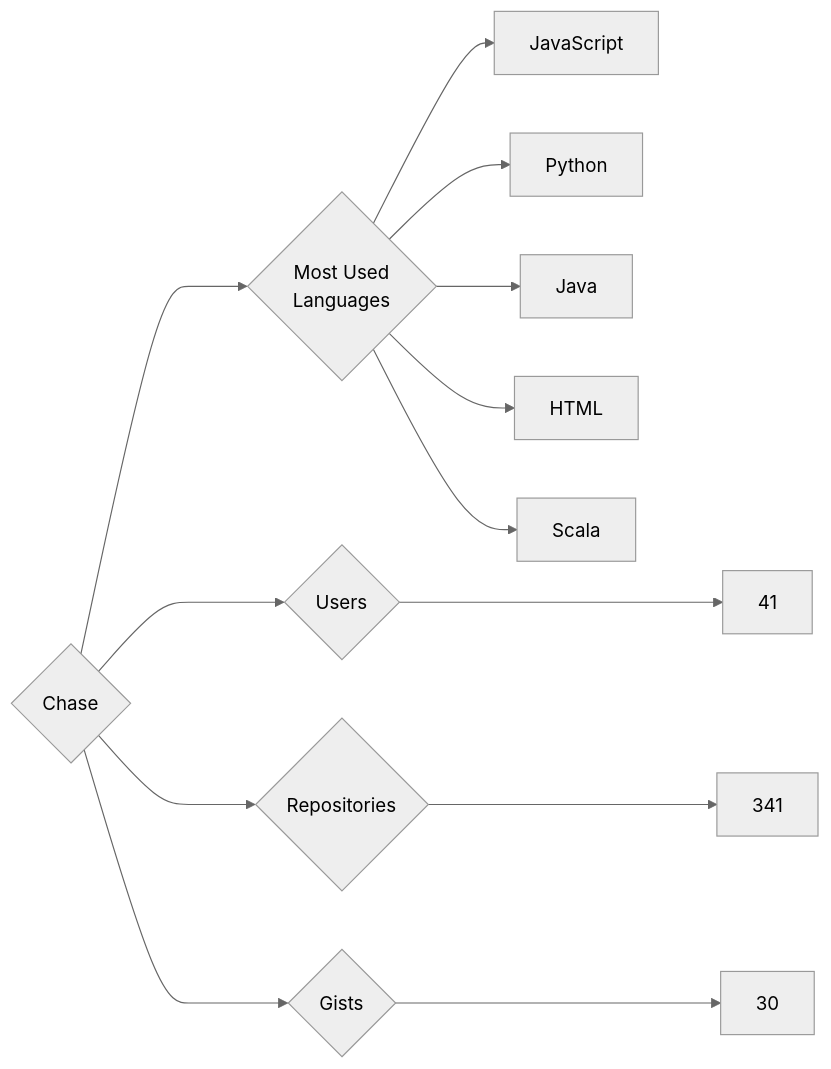
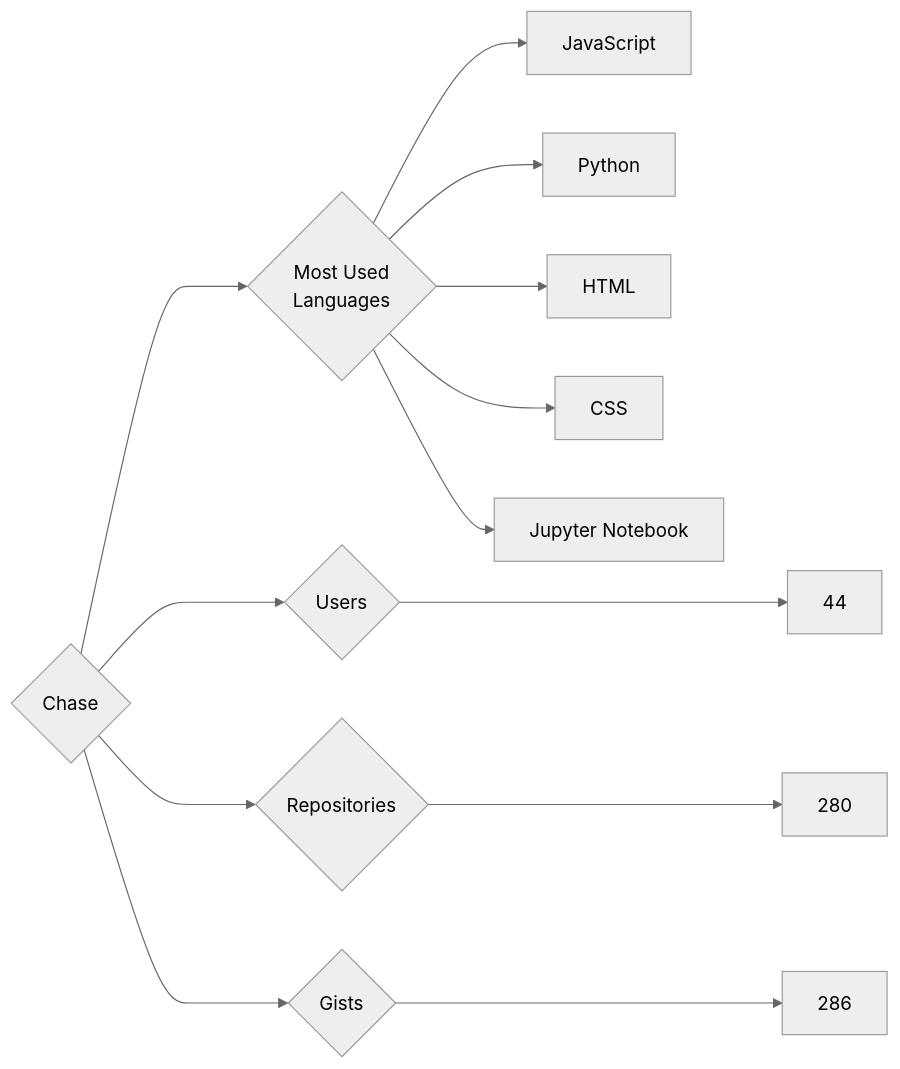
Before and after one commit to trickest/insiders: the diagram in targets/Chase/README.md, drawn with Mermaid (neutral theme). The commit also changed 786 other files, not shown here.

````diff
--- a/targets/Chase/README.md
+++ b/targets/Chase/README.md
@@ -3,13 +3,13 @@
 ```mermaid
 graph LR
 COMPANY_NAME{Chase}
-COMPANY_NAME ---> U{Users} ---> UN[41]
-COMPANY_NAME ---> R{Repositories} ---> RN[341]
-COMPANY_NAME ---> G{Gists} ---> GN[30]
+COMPANY_NAME ---> U{Users} ---> UN[44]
+COMPANY_NAME ---> R{Repositories} ---> RN[280]
+COMPANY_NAME ---> G{Gists} ---> GN[286]
 COMPANY_NAME ---> ML{Most Used<br>Languages}
 ML --> JavaScript[JavaScript]
 ML --> Python[Python]
-ML --> Java[Java]
 ML --> HTML[HTML]
-ML --> Scala[Scala]
+ML --> CSS[CSS]
+ML --> Jupyter_Notebook[Jupyter Notebook]
 ```
````
